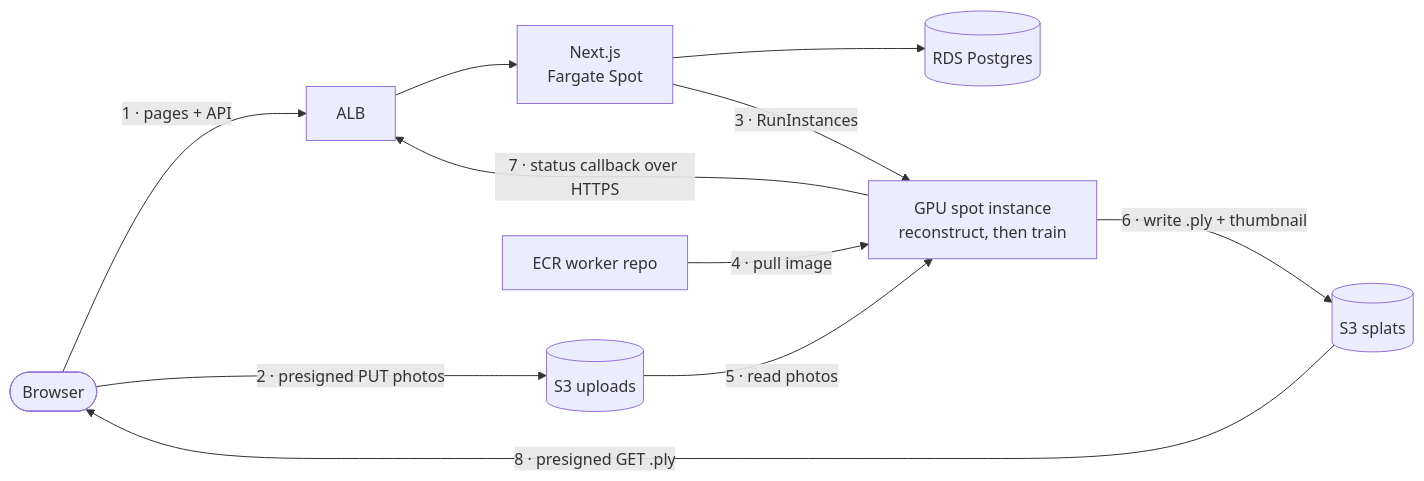
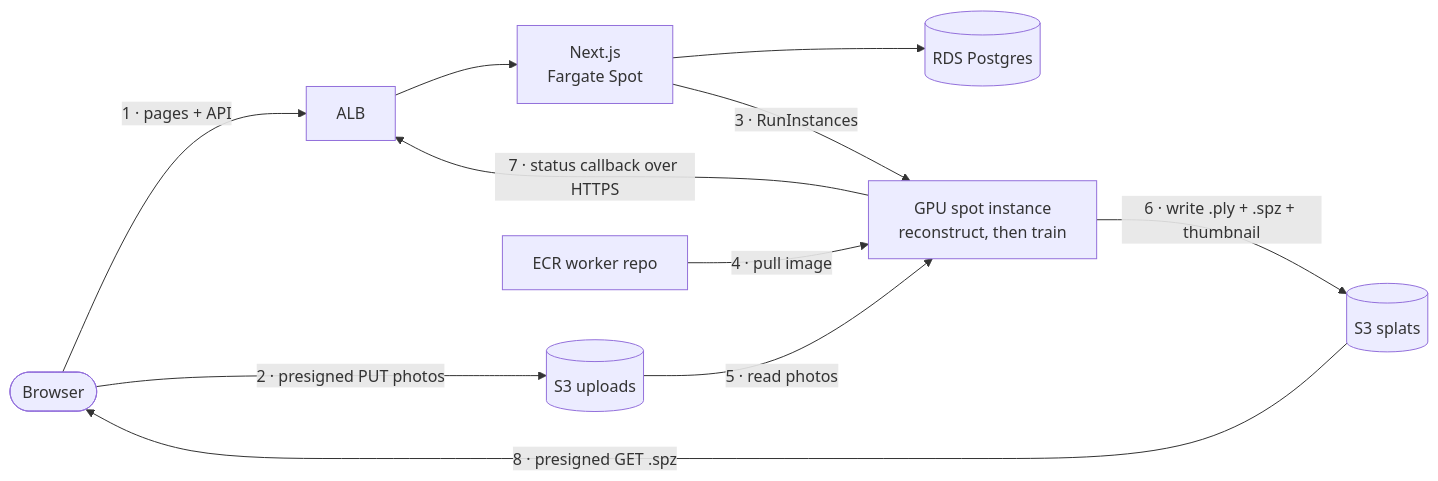
One commit to kamyy/ai-gaussian-splatter changed the first of 2 diagrams in ARCHITECTURE.md. Above: the diagram before and after it, drawn with Mermaid. The commit also changed other lines of this file and 21 other files, not shown here.

````diff
--- a/ARCHITECTURE.md
+++ b/ARCHITECTURE.md
@@ -150,20 +153,20 @@
 ```mermaid
 flowchart LR
   browser(["Browser"])
   alb["ALB"]
   web["Next.js<br/>Fargate Spot"]
   rds[("RDS Postgres")]
   up[("S3 uploads")]
   sp[("S3 splats")]
   worker["GPU spot instance<br/>reconstruct, then train"]
   ecr["ECR worker repo"]
   browser -->|"1 · pages + API"| alb --> web
   web --> rds
   browser -->|"2 · presigned PUT photos"| up
   web -->|"3 · RunInstances"| worker
   ecr -->|"4 · pull image"| worker
   up -->|"5 · read photos"| worker
-  worker -->|"6 · write .ply + thumbnail"| sp
+  worker -->|"6 · write .ply + .spz + thumbnail"| sp
   worker -->|"7 · status callback over HTTPS"| alb
-  sp -->|"8 · presigned GET .ply"| browser
+  sp -->|"8 · presigned GET .spz"| browser
 ```
````
